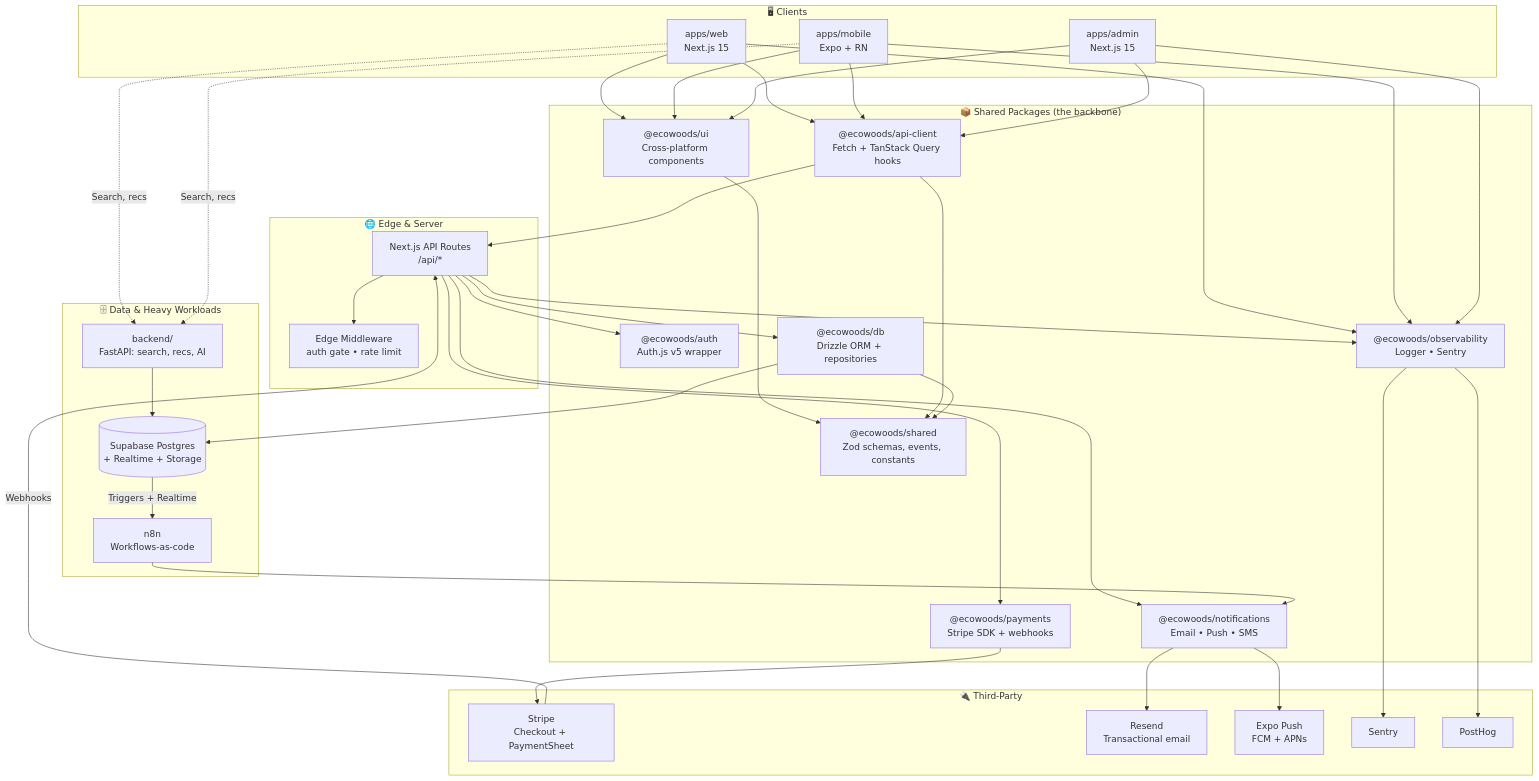
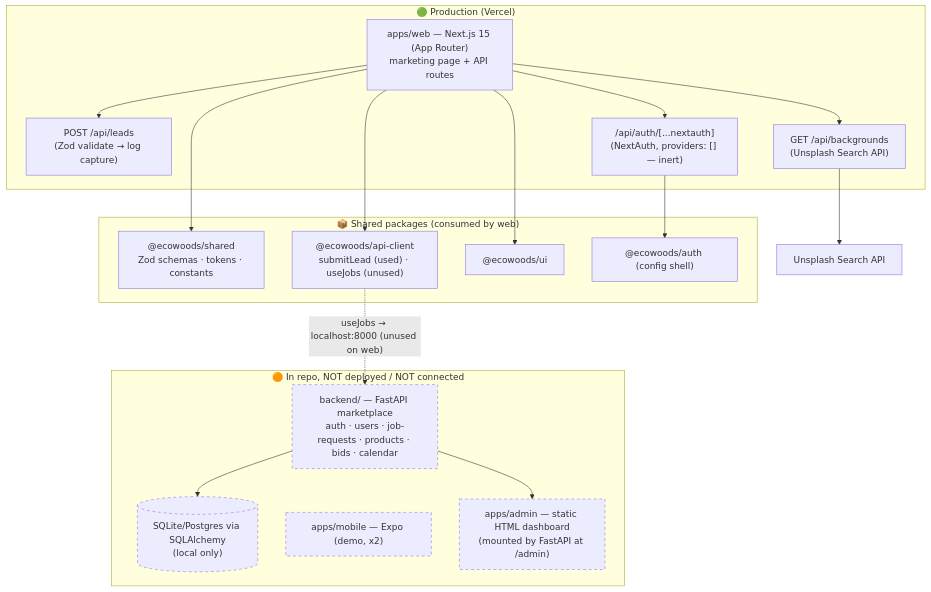
The second of 2 diagrams in README.md (iceccarelli/ecowoods-app), drawn with Mermaid before and after one commit. The commit also changed other lines of this file, not shown here.

````diff
--- a/README.md
+++ b/README.md
@@ -84,70 +165,41 @@
 ```mermaid
 graph TB
-    subgraph Clients["🖥 Clients"]
-        Web["apps/web<br/>Next.js 15"]
-        Mobile["apps/mobile<br/>Expo + RN"]
-        Admin["apps/admin<br/>Next.js 15"]
+    subgraph Prod["🟢 Production (Vercel)"]
+        Web["apps/web — Next.js 15 (App Router)<br/>marketing page + API routes"]
+        Leads["POST /api/leads<br/>(Zod validate → log capture)"]
+        BG["GET /api/backgrounds<br/>(Unsplash Search API)"]
+        AuthR["/api/auth/[...nextauth]<br/>(NextAuth, providers: [] — inert)"]
+        Web --> Leads
+        Web --> BG
+        Web --> AuthR
     end
 
-    subgraph Shared["📦 Shared Packages (the backbone)"]
-        SharedPkg["@ecowoods/shared<br/>Zod schemas, events, constants"]
-        UI["@ecowoods/ui<br/>Cross-platform components"]
-        ApiClient["@ecowoods/api-client<br/>Fetch + TanStack Query hooks"]
-        Auth["@ecowoods/auth<br/>Auth.js v5 wrapper"]
-        Payments["@ecowoods/payments<br/>Stripe SDK + webhooks"]
-        DB["@ecowoods/db<br/>Drizzle ORM + repositories"]
-        Notif["@ecowoods/notifications<br/>Email • Push • SMS"]
-        Obs["@ecowoods/observability<br/>Logger • Sentry"]
+    subgraph Pkgs["📦 Shared packages (consumed by web)"]
+        Shared["@ecowoods/shared<br/>Zod schemas · tokens · constants"]
+        ApiClient["@ecowoods/api-client<br/>submitLead (used) · useJobs (unused)"]
+        UI["@ecowoods/ui"]
+        AuthPkg["@ecowoods/auth (config shell)"]
     end
 
-    subgraph Edge["🌐 Edge & Server"]
-        NextAPI["Next.js API Routes<br/>/api/*"]
-        Middleware["Edge Middleware<br/>auth gate • rate limit"]
+    subgraph NotProd["🟠 In repo, NOT deployed / NOT connected"]
+        FastAPI["backend/ — FastAPI marketplace<br/>auth · users · job-requests · products · bids · calendar"]
+        DB[("SQLite/Postgres via SQLAlchemy<br/>(local only)")]
+        Mobile["apps/mobile — Expo (demo, x2)"]
+        Admin["apps/admin — static HTML dashboard<br/>(mounted by FastAPI at /admin)"]
     end
 
-    subgraph Data["🗄 Data & Heavy Workloads"]
-        Postgres[("Supabase Postgres<br/>+ Realtime + Storage")]
-        FastAPI["backend/<br/>FastAPI: search, recs, AI"]
-        N8N["n8n<br/>Workflows-as-code"]
-    end
+    Ext["Unsplash Search API"]
+    BG --> Ext
+    Web --> Shared
+    Web --> ApiClient
+    Web --> UI
+    AuthR --> AuthPkg
+    ApiClient -. "useJobs → localhost:8000 (unused on web)" .-> FastAPI
+    FastAPI --> DB
+    FastAPI --> Admin
 
-    subgraph External["🔌 Third-Party"]
-        Stripe["Stripe<br/>Checkout + PaymentSheet"]
-        Resend["Resend<br/>Transactional email"]
-        Expo["Expo Push<br/>FCM + APNs"]
-        Sentry["Sentry"]
-        PostHog["PostHog"]
-    end
-
-    Web --> ApiClient
-    Mobile --> ApiClient
-    Admin --> ApiClient
-    ApiClient --> NextAPI
-    NextAPI --> Middleware
-    NextAPI --> DB
-    DB --> Postgres
-    NextAPI --> Auth
-    NextAPI --> Payments
-    Payments --> Stripe
-    NextAPI --> Notif
-    Notif --> Resend
-    Notif --> Expo
-    Postgres -->|Triggers + Realtime| N8N
-    N8N --> Notif
-    Stripe -->|Webhooks| NextAPI
-    FastAPI --> Postgres
-    Web -.->|Search, recs| FastAPI
-    Mobile -.->|Search, recs| FastAPI
-    Web --> Obs
-    Mobile --> Obs
-    Admin --> Obs
-    NextAPI --> Obs
-    Obs --> Sentry
-    Obs --> PostHog
-    Web --> UI
-    Mobile --> UI
-    Admin --> UI
-    UI --> SharedPkg
-    ApiClient --> SharedPkg
-    DB --> SharedPkg
+    style FastAPI stroke-dasharray: 5 5
+    style DB stroke-dasharray: 5 5
+    style Mobile stroke-dasharray: 5 5
+    style Admin stroke-dasharray: 5 5
 ```
````
